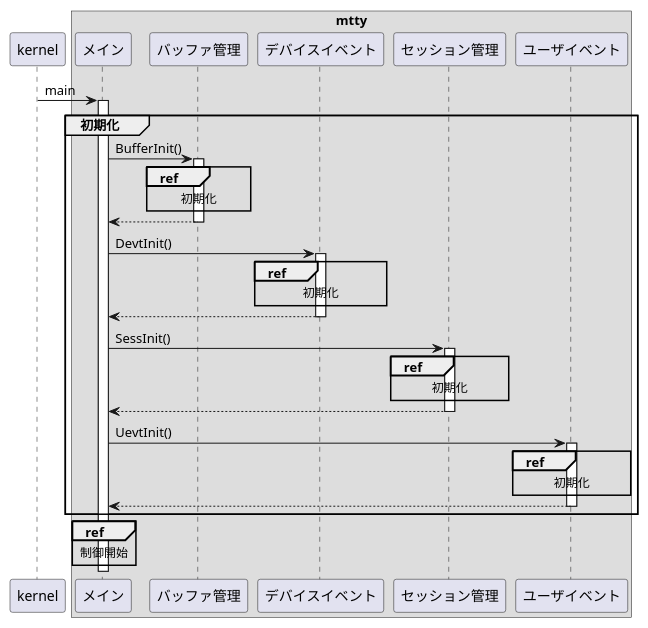
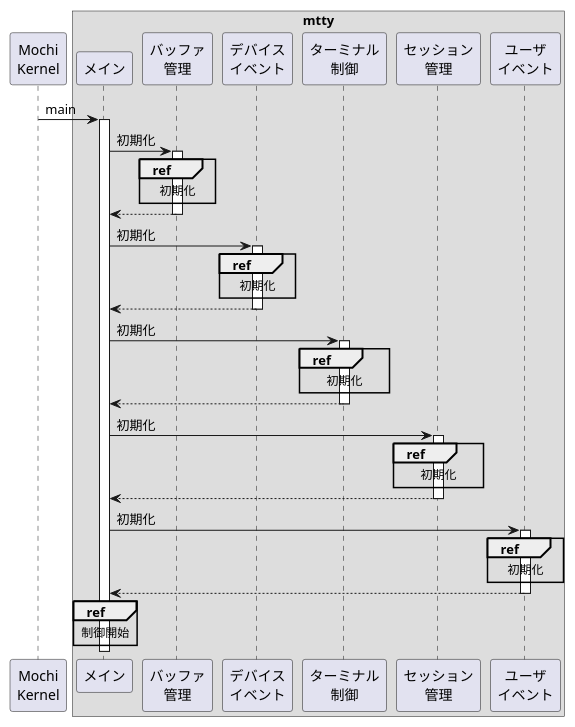
Before and after one commit to MasterMochi/mtty: the diagram in docs/docs/internal/main/init.puml, drawn with PlantUML. The commit also changed 167 other files, not shown here.

```diff
--- a/docs/docs/internal/main/init.puml
+++ b/docs/docs/internal/main/init.puml
@@ -1,43 +1,48 @@
 @startuml
 
-participant kernel
+participant "Mochi\nKernel" as kernel
 box "mtty"
-    participant "メイン"           as main
-    participant "バッファ管理"     as buffer
-    participant "デバイスイベント" as devt
-    participant "セッション管理"   as sess
-    participant "ユーザイベント"   as uevt
+    participant "メイン"             as main
+    participant "バッファ\n管理"     as bufmng
+    participant "デバイス\nイベント" as devt
+    participant "ターミナル\n制御"   as tctrl
+    participant "セッション\n管理"   as sessmng
+    participant "ユーザ\nイベント"   as uevt
 end box
 
 kernel -> main: main
 activate main
 
-group 初期化
-    main -> buffer: BufferInit()
-    activate buffer
-    ref over buffer: 初期化
-    main <-- buffer:
-    deactivate buffer
+main -> bufmng: 初期化
+activate bufmng
+ref over bufmng: 初期化
+main <-- bufmng:
+deactivate bufmng
 
-    main -> devt: DevtInit()
-    activate devt
-    ref over devt: 初期化
-    main <-- devt:
-    deactivate devt
+main -> devt: 初期化
+activate devt
+ref over devt: 初期化
+main <-- devt:
+deactivate devt
 
-    main -> sess: SessInit()
-    activate sess
-    ref over sess: 初期化
-    main <-- sess:
-    deactivate sess
+main -> tctrl: 初期化
+activate tctrl
+ref over tctrl: 初期化
+main <-- tctrl:
+deactivate tctrl
 
-    main -> uevt: UevtInit()
-    activate uevt
-    ref over uevt: 初期化
-    main <-- uevt:
-    deactivate uevt
-end group
+main -> sessmng: 初期化
+activate sessmng
+ref over sessmng: 初期化
+main <-- sessmng:
+deactivate sessmng
+
+main -> uevt: 初期化
+activate uevt
+ref over uevt: 初期化
+main <-- uevt:
+deactivate uevt
 
 ref over main: 制御開始
 
 @enduml
```
